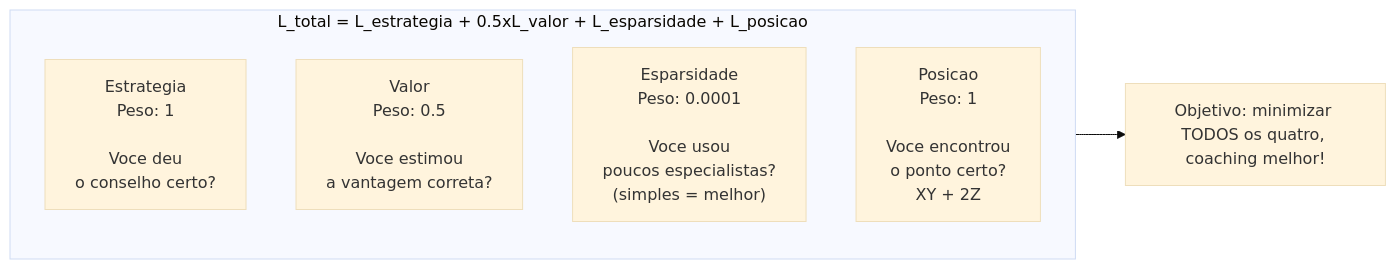
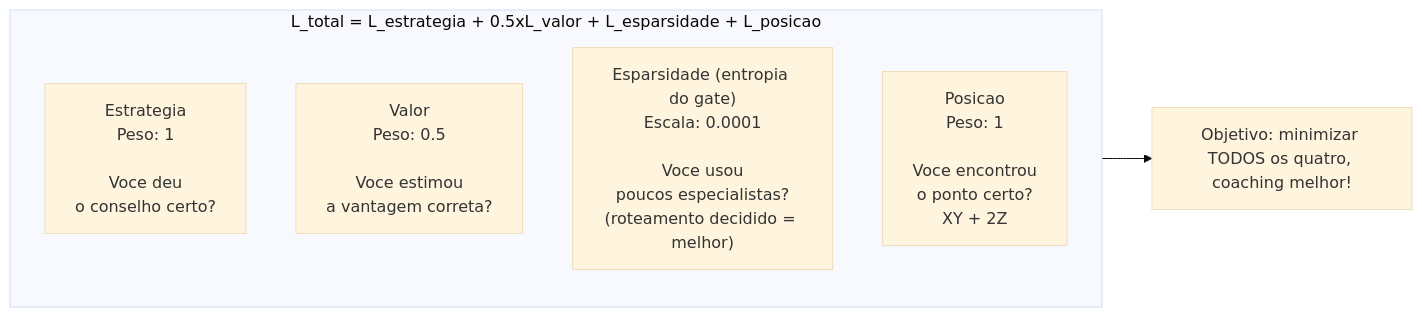
The eighth of 16 diagrams in docs/books/Book-Coach-1B-pt.md (renanaugustomacena-ux/Counter-Strike-coach-AI), drawn with Mermaid (base theme) before and after one commit. The commit also changed other lines of this file and 36 other files, not shown here.

````diff
--- a/docs/books/Book-Coach-1B-pt.md
+++ b/docs/books/Book-Coach-1B-pt.md
@@ -324,10 +325,10 @@
 ```mermaid
 flowchart LR
     subgraph LOSS["L_total = L_estrategia + 0.5xL_valor + L_esparsidade + L_posicao"]
         S["Estrategia<br/>Peso: 1<br/><br/>Voce deu<br/>o conselho certo?"]
         V["Valor<br/>Peso: 0.5<br/><br/>Voce estimou<br/>a vantagem correta?"]
-        SP["Esparsidade<br/>Peso: 0.0001<br/><br/>Voce usou<br/>poucos especialistas?<br/>(simples = melhor)"]
+        SP["Esparsidade (entropia do gate)<br/>Escala: 0.0001<br/><br/>Voce usou<br/>poucos especialistas?<br/>(roteamento decidido = melhor)"]
         P["Posicao<br/>Peso: 1<br/><br/>Voce encontrou<br/>o ponto certo?<br/>XY + 2Z"]
     end
     LOSS --> GOAL["Objetivo: minimizar TODOS os quatro, coaching melhor!"]
 ```
````
